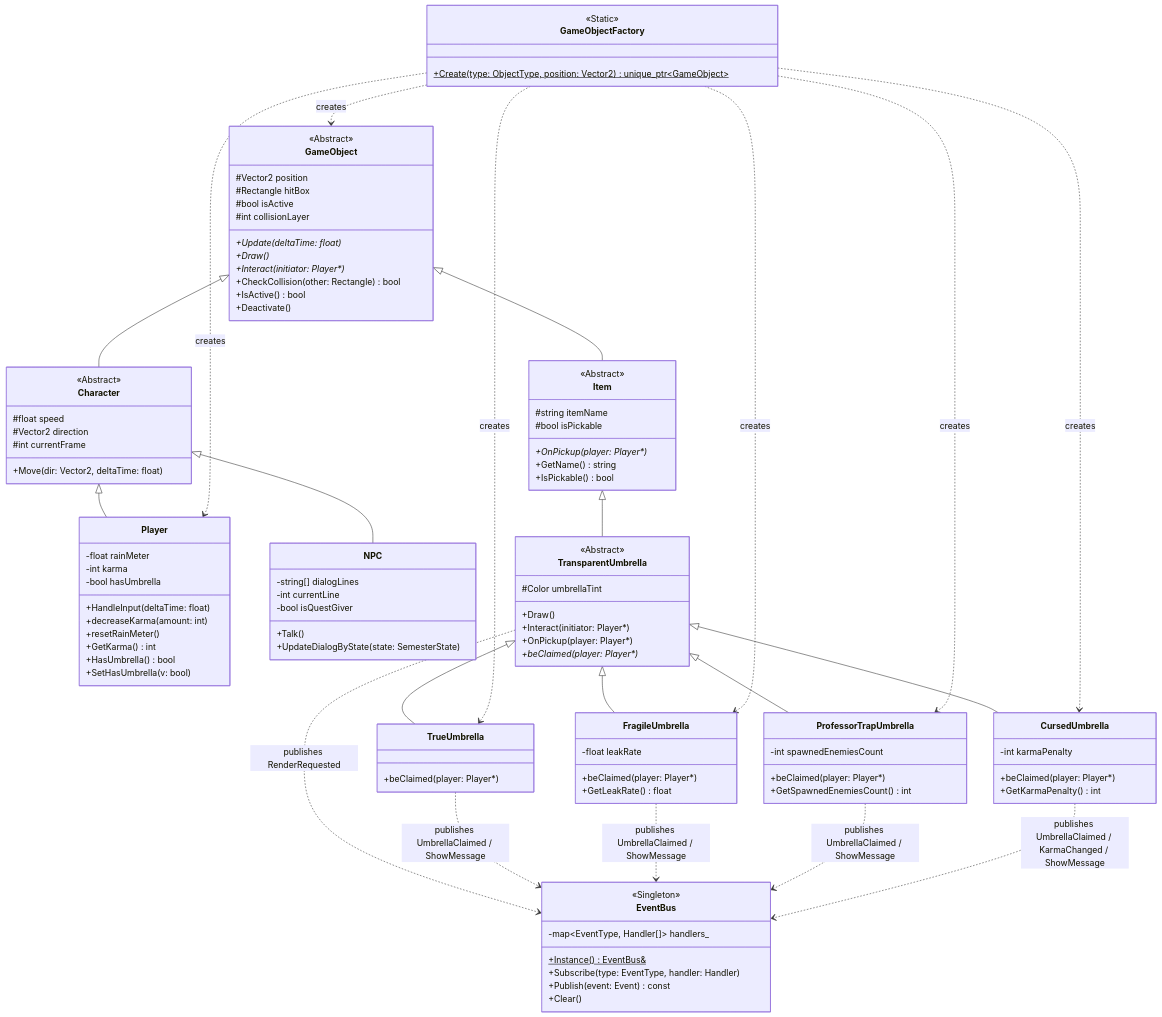
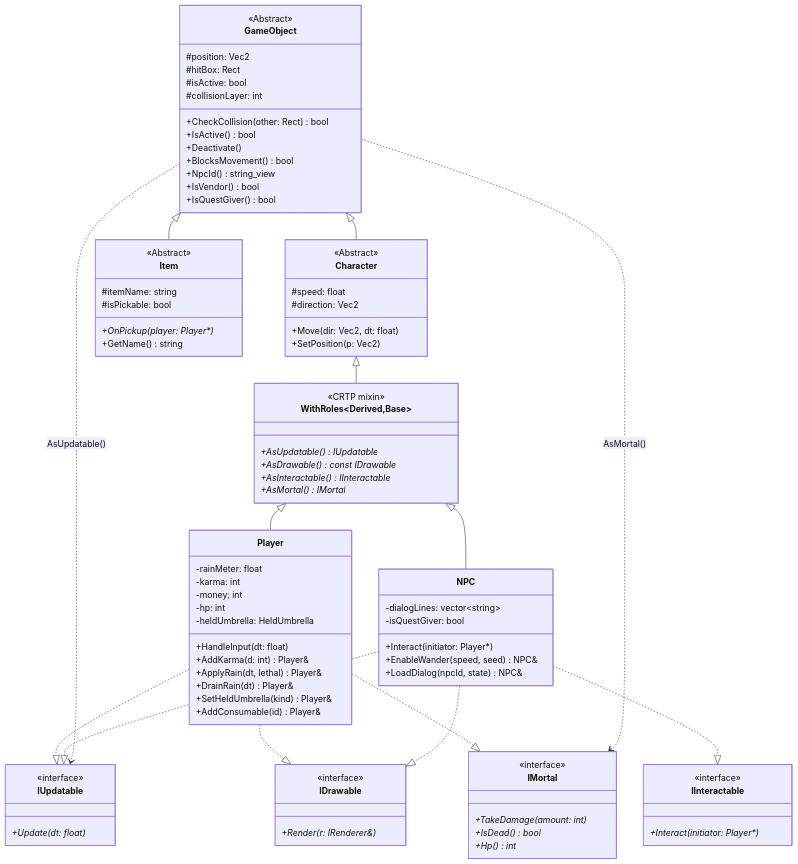
Before and after one commit to jiangjiangian/ultraplan-sync: the second of 11 diagrams in UML.md, drawn with Mermaid. The commit also changed other lines of this file, not shown here.

First line of the commit message:
Update UML.md to the current architecture; split the oversized diagram into legible per-layer ones

````diff
--- a/UML.md
+++ b/UML.md
@@ -13,123 +89,91 @@
 ```mermaid
 classDiagram
     direction TB
-
+    class IUpdatable {
+        <<interface>>
+        +Update(dt: float)*
+    }
+    class IDrawable {
+        <<interface>>
+        +Render(r: IRenderer&)*
+    }
+    class IInteractable {
+        <<interface>>
+        +Interact(initiator: Player*)*
+    }
+    class IMortal {
+        <<interface>>
+        +TakeDamage(amount: int)*
+        +IsDead() bool*
+        +Hp() int*
+    }
+    class WithRoles~Derived,Base~ {
+        <<CRTP mixin>>
+        +AsUpdatable() IUpdatable*
+        +AsDrawable() const IDrawable*
+        +AsInteractable() IInteractable*
+        +AsMortal() IMortal*
+    }
     class GameObject {
         <<Abstract>>
-        #Vector2 position
-        #Rectangle hitBox
-        #bool isActive
-        #int collisionLayer
-        +Update(deltaTime: float)*
-        +Draw()*
-        +Interact(initiator: Player*)*
-        +CheckCollision(other: Rectangle) bool
+        #position: Vec2
+        #hitBox: Rect
+        #isActive: bool
+        #collisionLayer: int
+        +CheckCollision(other: Rect) bool
         +IsActive() bool
         +Deactivate()
+        +BlocksMovement() bool
+        +NpcId() string_view
+        +IsVendor() bool
+        +IsQuestGiver() bool
     }
-
     class Character {
         <<Abstract>>
-        #float speed
-        #Vector2 direction
-        #int currentFrame
-        +Move(dir: Vector2, deltaTime: float)
+        #speed: float
+        #direction: Vec2
+        +Move(dir: Vec2, dt: float)
+        +SetPosition(p: Vec2)
     }
-
     class Item {
         <<Abstract>>
-        #string itemName
-        #bool isPickable
+        #itemName: string
+        #isPickable: bool
         +OnPickup(player: Player*)*
         +GetName() string
-        +IsPickable() bool
     }
-
     class Player {
-        -float rainMeter
-        -int karma
-        -bool hasUmbrella
-        +HandleInput(deltaTime: float)
-        +decreaseKarma(amount: int)
-        +resetRainMeter()
-        +GetKarma() int
-        +HasUmbrella() bool
-        +SetHasUmbrella(v: bool)
+        -rainMeter: float
+        -karma: int
+        -money: int
+        -hp: int
+        -heldUmbrella: HeldUmbrella
+        +HandleInput(dt: float)
+        +AddKarma(d: int) Player&
+        +ApplyRain(dt, lethal) Player&
+        +DrainRain(dt) Player&
+        +SetHeldUmbrella(kind) Player&
+        +AddConsumable(id) Player&
     }
-
     class NPC {
-        -string[] dialogLines
-        -int currentLine
-        -bool isQuestGiver
-        +Talk()
-        +UpdateDialogByState(state: SemesterState)
-    }
-
-    class TransparentUmbrella {
-        <<Abstract>>
-        #Color umbrellaTint
-        +Draw()
+        -dialogLines: vector~string~
+        -isQuestGiver: bool
         +Interact(initiator: Player*)
-        +OnPickup(player: Player*)
-        +beClaimed(player: Player*)*
-    }
-
-    class TrueUmbrella {
-        +beClaimed(player: Player*)
-    }
-
-    class FragileUmbrella {
-        -float leakRate
-        +beClaimed(player: Player*)
-        +GetLeakRate() float
-    }
-
-    class ProfessorTrapUmbrella {
-        -int spawnedEnemiesCount
-        +beClaimed(player: Player*)
-        +GetSpawnedEnemiesCount() int
-    }
-
-    class CursedUmbrella {
-        -int karmaPenalty
-        +beClaimed(player: Player*)
-        +GetKarmaPenalty() int
-    }
-
-    class GameObjectFactory {
-        <<Static>>
-        +Create(type: ObjectType, position: Vector2)$ unique_ptr~GameObject~
-    }
-
-    class EventBus {
-        <<Singleton>>
-        -map~EventType, Handler[]~ handlers_
-        +Instance()$ EventBus&
-        +Subscribe(type: EventType, handler: Handler)
-        +Publish(event: Event) const
-        +Clear()
+        +EnableWander(speed, seed) NPC&
+        +LoadDialog(npcId, state) NPC&
     }
 
     GameObject <|-- Character
     GameObject <|-- Item
-    Character  <|-- Player
-    Character  <|-- NPC
-    Item       <|-- TransparentUmbrella
-    TransparentUmbrella <|-- TrueUmbrella
-    TransparentUmbrella <|-- FragileUmbrella
-    TransparentUmbrella <|-- ProfessorTrapUmbrella
-    TransparentUmbrella <|-- CursedUmbrella
-
-    GameObjectFactory ..> GameObject : creates
-    GameObjectFactory ..> Player : creates
-    GameObjectFactory ..> TrueUmbrella : creates
-    GameObjectFactory ..> FragileUmbrella : creates
-    GameObjectFactory ..> ProfessorTrapUmbrella : creates
-    GameObjectFactory ..> CursedUmbrella : creates
-
-    TransparentUmbrella ..> EventBus : publishes RenderRequested
-    TrueUmbrella        ..> EventBus : publishes UmbrellaClaimed / ShowMessage
-    FragileUmbrella     ..> EventBus : publishes UmbrellaClaimed / ShowMessage
-    ProfessorTrapUmbrella ..> EventBus : publishes UmbrellaClaimed / ShowMessage
-    CursedUmbrella      ..> EventBus : publishes UmbrellaClaimed / KarmaChanged / ShowMessage
+    Character <|-- WithRoles
+    WithRoles <|-- Player
+    WithRoles <|-- NPC
+    Player ..|> IUpdatable
+    Player ..|> IDrawable
+    Player ..|> IMortal
+    NPC ..|> IUpdatable
+    NPC ..|> IDrawable
+    NPC ..|> IInteractable
+    GameObject ..> IUpdatable : AsUpdatable()
+    GameObject ..> IMortal : AsMortal()
 ```
````
